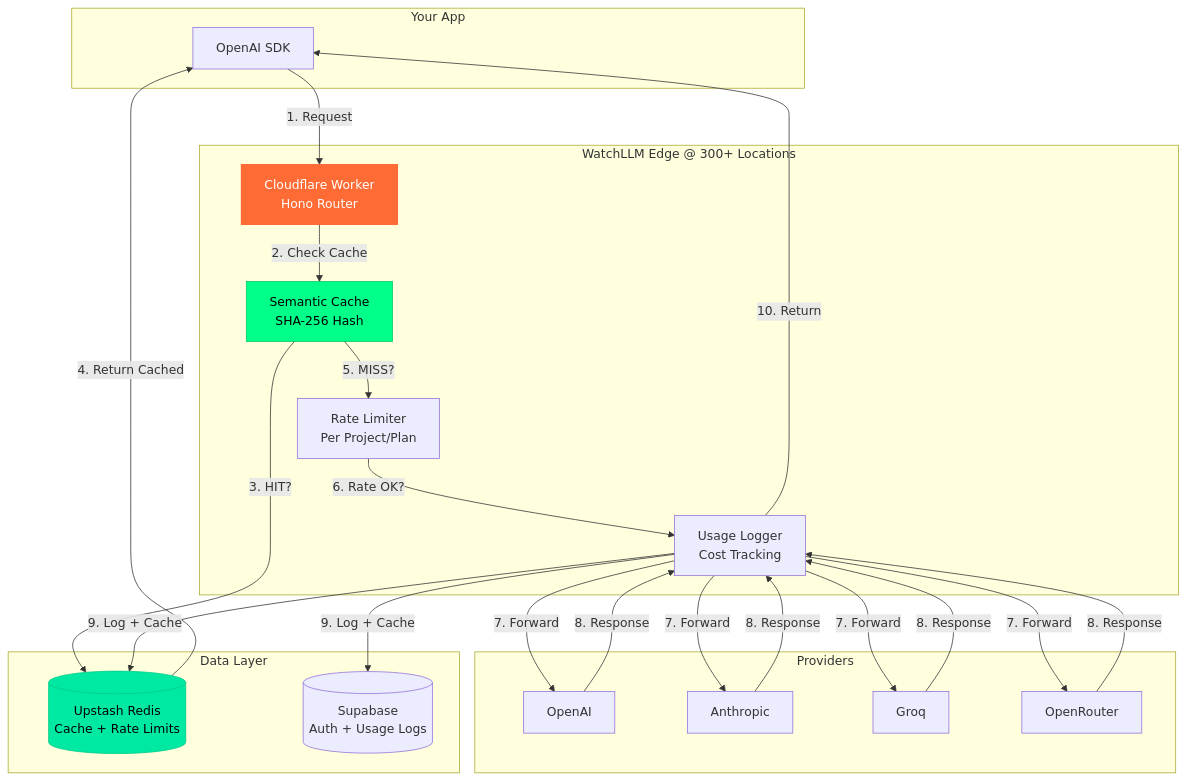
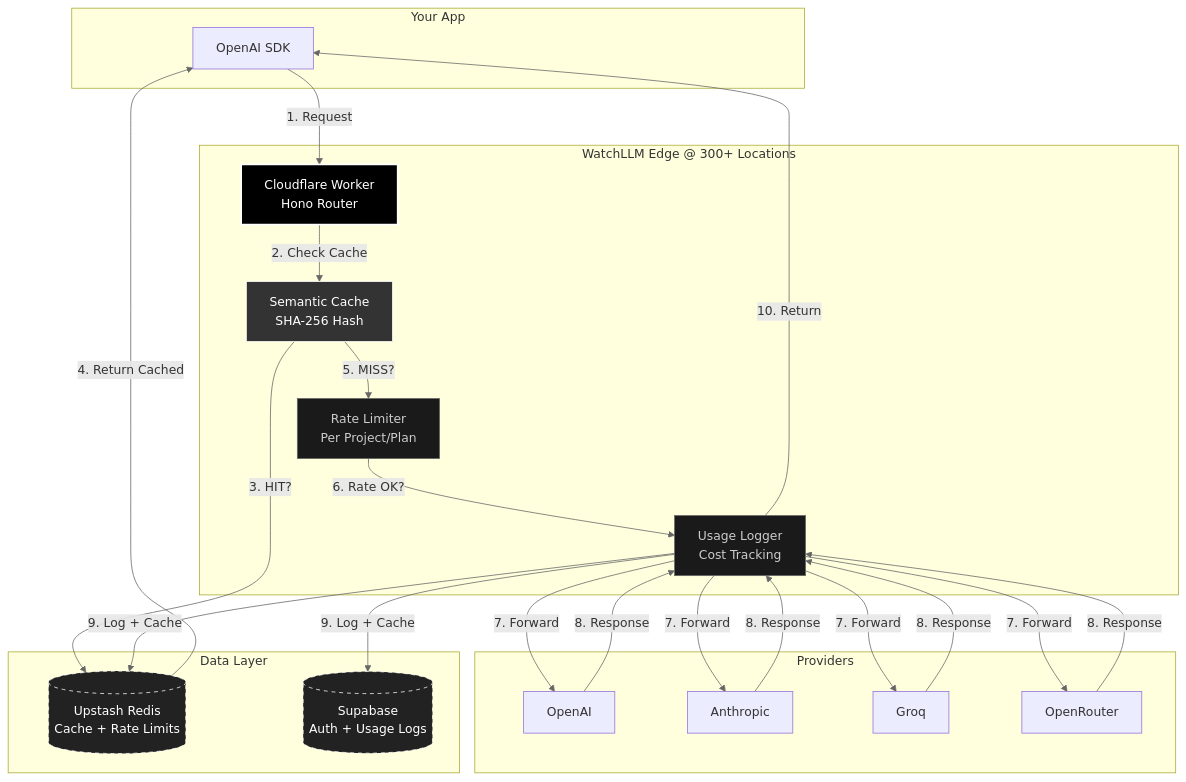
The second of 2 diagrams in README.md (kaadipranav/kaadipranav), drawn with Mermaid before and after one commit. The commit also changed other lines of this file, not shown here.

Commit message:
Update badge colors and styling in README.md

````diff
--- a/README.md
+++ b/README.md
@@ -122,40 +123,46 @@
 ```mermaid
 flowchart TB
     subgraph "Your App"
         A[OpenAI SDK]
     end
     
     subgraph "WatchLLM Edge @ 300+ Locations"
         B[Cloudflare Worker<br/>Hono Router]
         C[Semantic Cache<br/>SHA-256 Hash]
         D[Rate Limiter<br/>Per Project/Plan]
         E[Usage Logger<br/>Cost Tracking]
     end
     
     subgraph "Providers"
         F[OpenAI]
         G[Anthropic]
         H[Groq]
         I[OpenRouter]
     end
     
     subgraph "Data Layer"
         J[(Upstash Redis<br/>Cache + Rate Limits)]
         K[(Supabase<br/>Auth + Usage Logs)]
     end
     
     A -->|1. Request| B
     B -->|2. Check Cache| C
     C -->|3. HIT?| J
     J -->|4. Return Cached| A
     C -->|5. MISS?| D
     D -->|6. Rate OK?| E
     E -->|7. Forward| F & G & H & I
     F & G & H & I -->|8. Response| E
     E -->|9. Log + Cache| J & K
     E -->|10. Return| A
     
-    style B fill:#FF6B35,stroke:#FF5722,color:#fff
-    style C fill:#00ff88,stroke:#00cc66,color:#000
-    style J fill:#00E9A3,stroke:#00CC88,color:#000
+    %% Grayscale Styling
+    style B fill:#000000,stroke:#FFF,stroke-width:2px,color:#fff
+    style C fill:#333333,stroke:#FFF,color:#fff
+    style D fill:#1a1a1a,stroke:#666,color:#ccc
+    style E fill:#1a1a1a,stroke:#666,color:#ccc
+    style J fill:#222222,stroke:#FFF,stroke-dasharray: 5 5,color:#fff
+    style K fill:#222222,stroke:#FFF,stroke-dasharray: 5 5,color:#fff
+    
+    linkStyle default stroke:#666,stroke-width:1px
 ```
````
